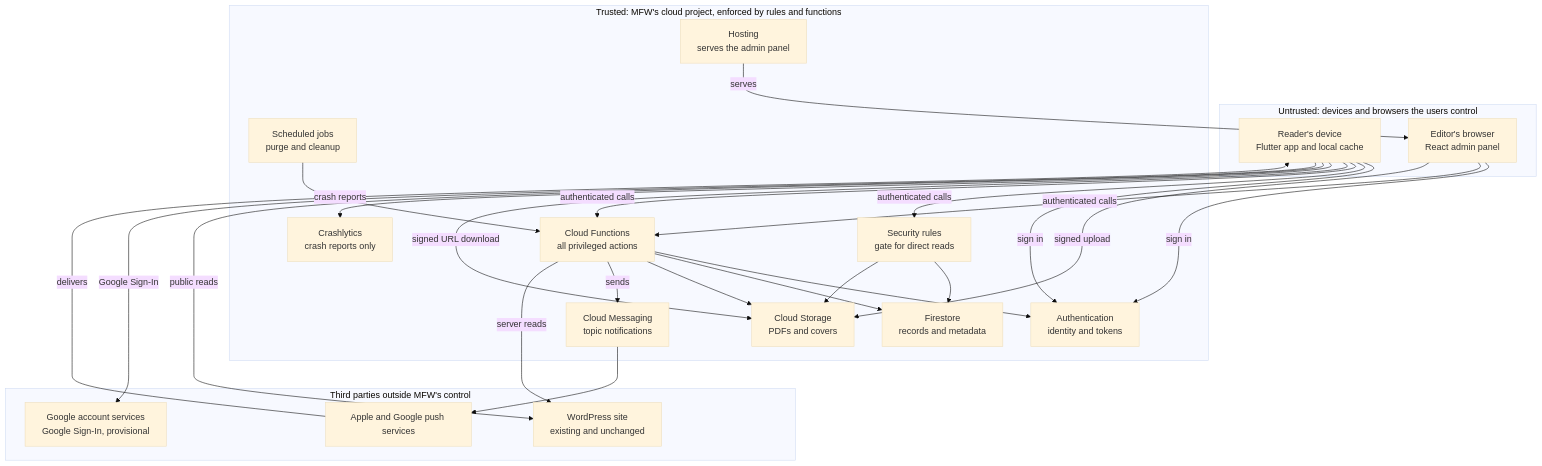
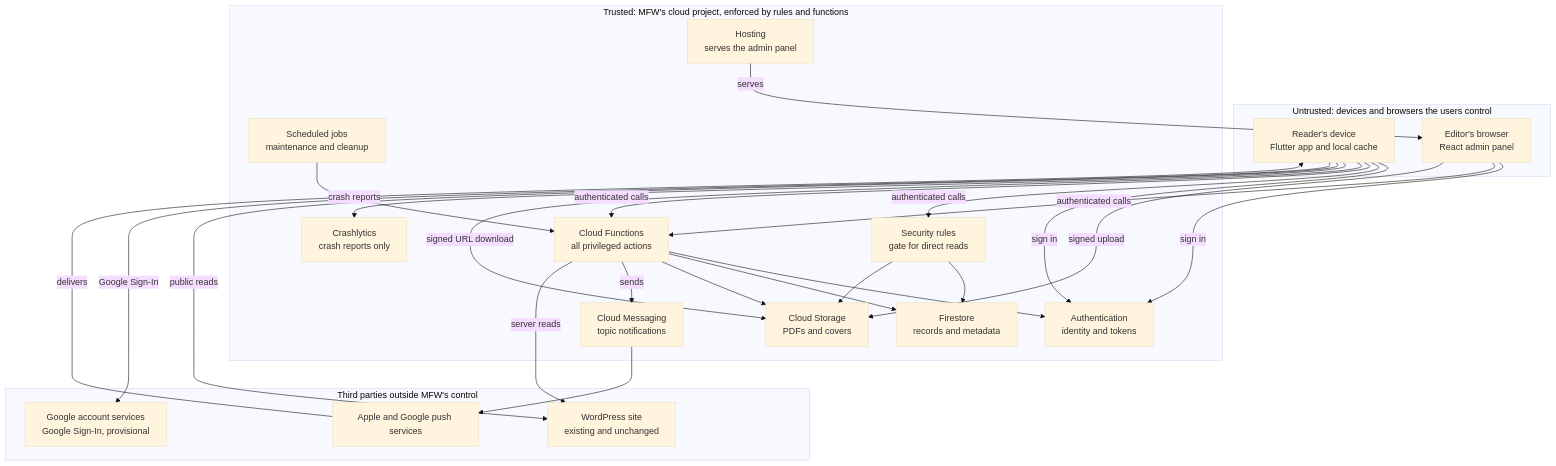
One commit to sanikaattarde/Metal-Forming-World-MFW- changed diagram 11 of 12 in Documentation/SYSTEM_ARCHITECTURE.md. Above: the diagram before and after it, drawn with Mermaid (base theme). The commit also changed other lines of this file and 3 other files, not shown here.

First line of the commit message:
docs(architecture): follow the review of issue 32

````diff
--- a/Documentation/SYSTEM_ARCHITECTURE.md
+++ b/Documentation/SYSTEM_ARCHITECTURE.md
@@ -1046,44 +1056,44 @@
 ```mermaid
 flowchart TB
   subgraph untrusted["Untrusted: devices and browsers the users control"]
     dev["Reader's device<br/>Flutter app and local cache"]
     br["Editor's browser<br/>React admin panel"]
   end
   subgraph trusted["Trusted: MFW's cloud project, enforced by rules and functions"]
     rules["Security rules<br/>gate for direct reads"]
     fn["Cloud Functions<br/>all privileged actions"]
-    sched["Scheduled jobs<br/>purge and cleanup"]
+    sched["Scheduled jobs<br/>maintenance and cleanup"]
     auth["Authentication<br/>identity and tokens"]
     db["Firestore<br/>records and metadata"]
     files["Cloud Storage<br/>PDFs and covers"]
     fcm["Cloud Messaging<br/>topic notifications"]
     host["Hosting<br/>serves the admin panel"]
     crash["Crashlytics<br/>crash reports only"]
   end
   subgraph third["Third parties outside MFW's control"]
     wp["WordPress site<br/>existing and unchanged"]
     goog["Google account services<br/>Google Sign-In, provisional"]
     push["Apple and Google push services"]
   end
   dev -->|sign in| auth
   br -->|sign in| auth
   dev -->|authenticated calls| rules
   dev -->|authenticated calls| fn
   br -->|authenticated calls| fn
   dev -->|signed URL download| files
   br -->|signed upload| files
   rules --> db
   rules --> files
   fn --> auth
   fn --> db
   fn --> files
   sched --> fn
   fn -->|sends| fcm
   host -->|serves| br
   dev -->|crash reports| crash
   dev -->|public reads| wp
   fn -->|server reads| wp
   dev -->|Google Sign-In| goog
   fcm --> push
   push -->|delivers| dev
 ```
````
